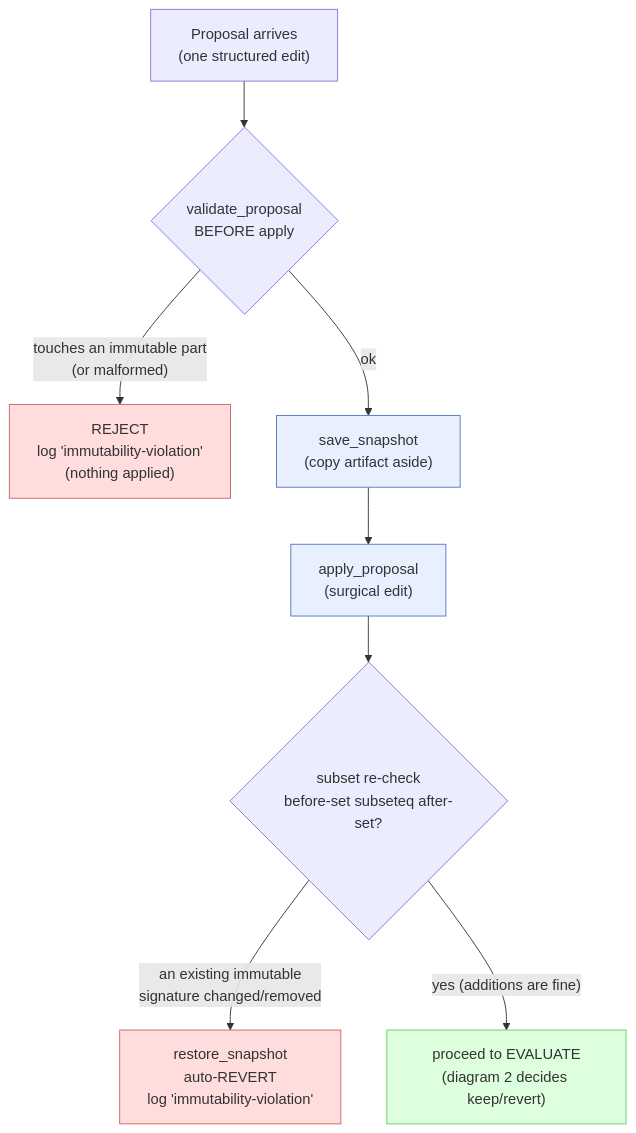
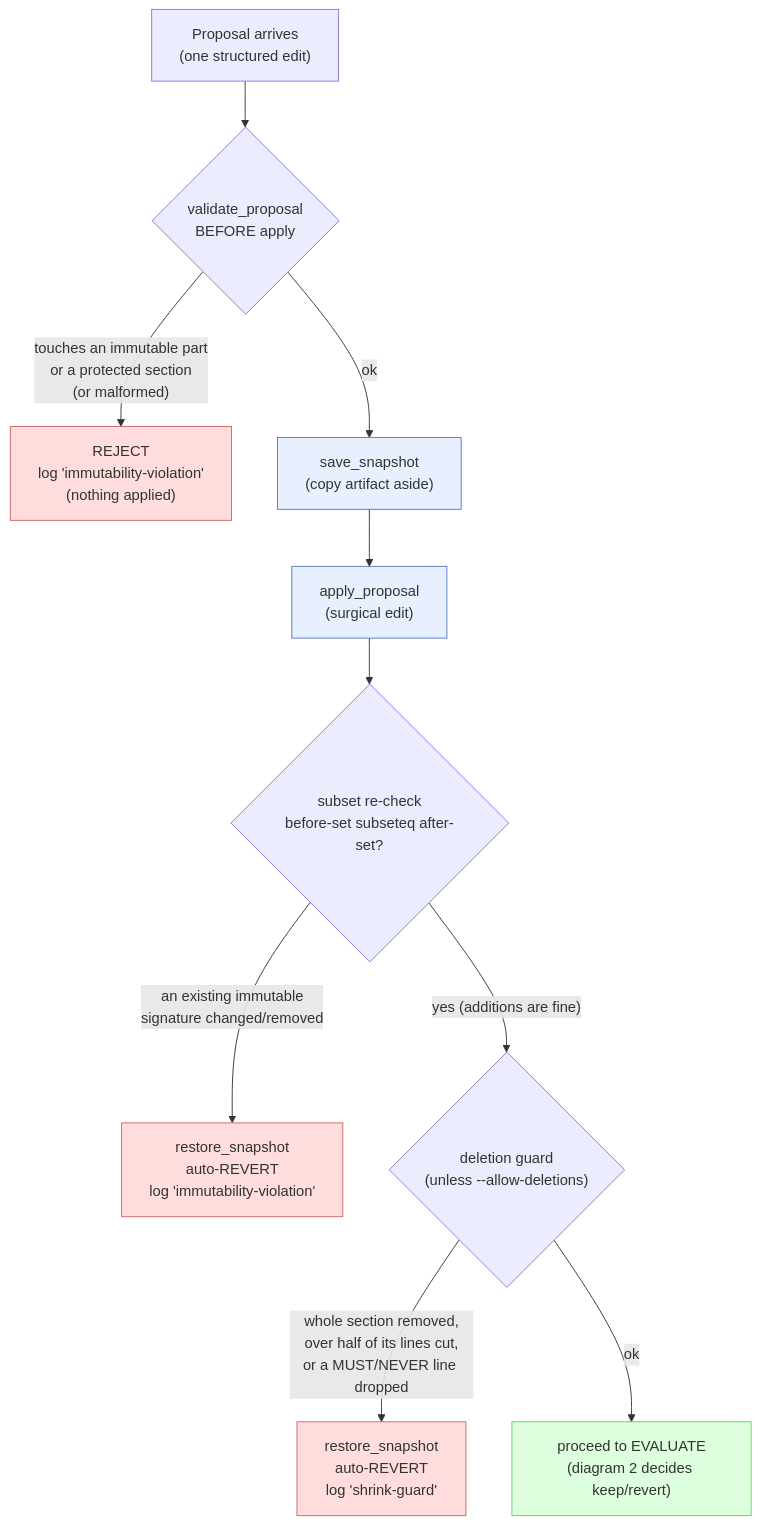
The tenth of 12 diagrams in docs/Manuals/skill-auto-improve_manual.md (MatrixFounder/Universal-skills), drawn with Mermaid before and after one commit. The commit also changed other lines of this file and 33 other files, not shown here.

````diff
--- a/docs/Manuals/skill-auto-improve_manual.md
+++ b/docs/Manuals/skill-auto-improve_manual.md
@@ -1036,18 +1217,20 @@
 ```mermaid
 %% Every applied change passes through this gate. A violation auto-reverts.
 flowchart TD
     P["Proposal arrives<br/>(one structured edit)"] --> V{"validate_proposal<br/>BEFORE apply"}
-    V -- "touches an immutable part<br/>(or malformed)" --> REJ["REJECT<br/>log 'immutability-violation'<br/>(nothing applied)"]
+    V -- "touches an immutable part<br/>or a protected section<br/>(or malformed)" --> REJ["REJECT<br/>log 'immutability-violation'<br/>(nothing applied)"]
     V -- ok --> SNAP["save_snapshot<br/>(copy artifact aside)"]
     SNAP --> APPLY["apply_proposal<br/>(surgical edit)"]
     APPLY --> SUB{"subset re-check<br/>before-set subseteq after-set?"}
     SUB -- "an existing immutable<br/>signature changed/removed" --> RESTORE["restore_snapshot<br/>auto-REVERT<br/>log 'immutability-violation'"]
-    SUB -- "yes (additions are fine)" --> EVAL["proceed to EVALUATE<br/>(diagram 2 decides keep/revert)"]
+    SUB -- "yes (additions are fine)" --> SHR{"deletion guard<br/>(unless --allow-deletions)"}
+    SHR -- "whole section removed,<br/>over half of its lines cut,<br/>or a MUST/NEVER line dropped" --> RESTORE2["restore_snapshot<br/>auto-REVERT<br/>log 'shrink-guard'"]
+    SHR -- ok --> EVAL["proceed to EVALUATE<br/>(diagram 2 decides keep/revert)"]
 
     classDef bad fill:#fdd,stroke:#c66;
     classDef ok fill:#dfd,stroke:#6c6;
     classDef step fill:#e8f0ff,stroke:#5577cc;
-    class REJ,RESTORE bad;
+    class REJ,RESTORE,RESTORE2 bad;
     class EVAL ok;
     class SNAP,APPLY step;
 ```
````
